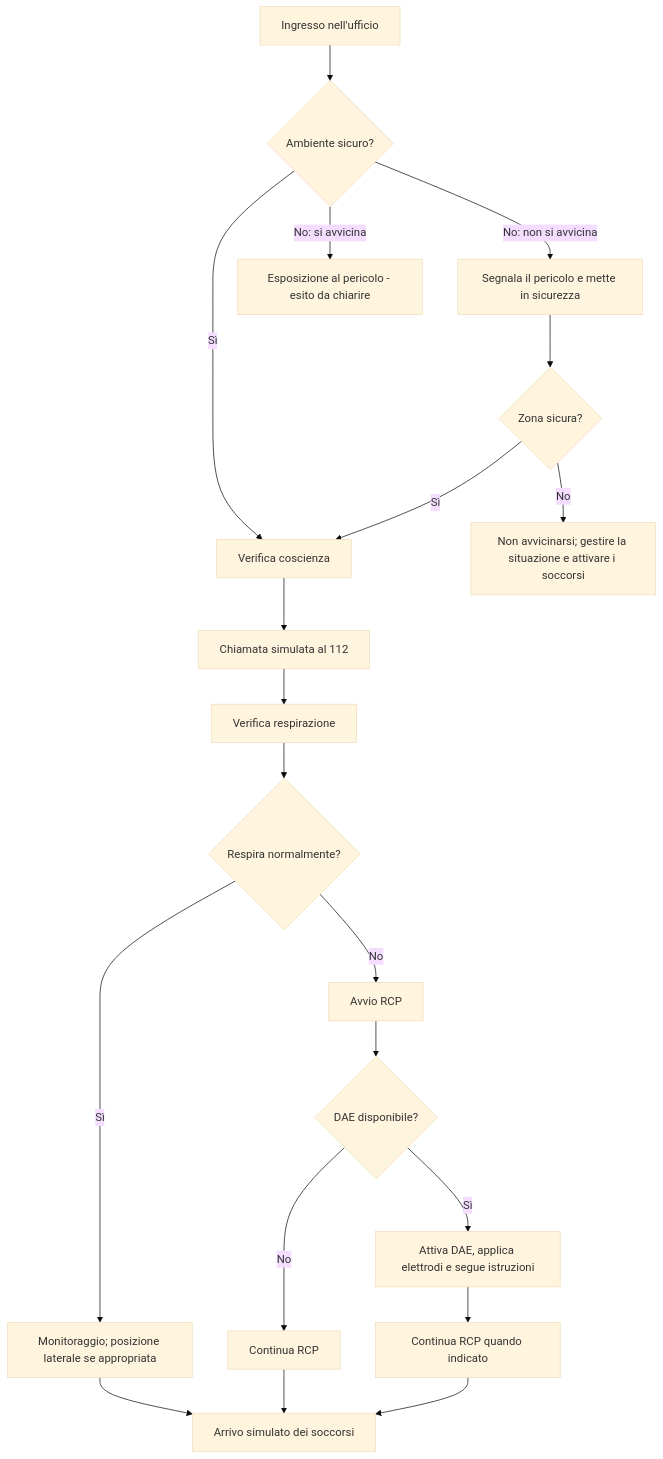
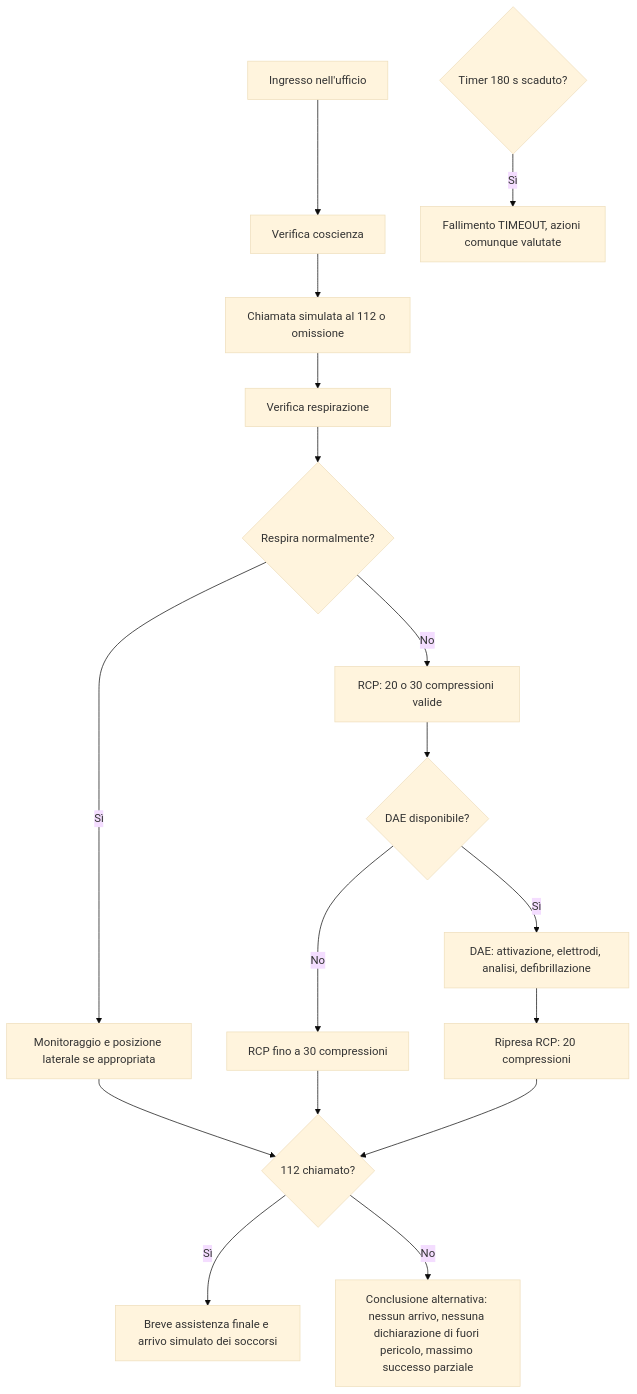
The diagram in Assets/_Project/Groups/G_Marius/Docs/Man_Down/Man_Down_Specifiche.md (ProjectWorkLab4/Sicurezza-Immersiva-81), drawn with Mermaid (base theme) before and after one commit. The commit also changed other lines of this file and 6 other files, not shown here.

````diff
--- a/Assets/_Project/Groups/G_Marius/Docs/Man_Down/Man_Down_Specifiche.md
+++ b/Assets/_Project/Groups/G_Marius/Docs/Man_Down/Man_Down_Specifiche.md
@@ -90,22 +95,19 @@
 ```mermaid
 flowchart TD
-    A[Ingresso nell'ufficio] --> B{Ambiente sicuro?}
-    B -->|Sì| C[Verifica coscienza]
-    B -->|No: non si avvicina| D[Segnala il pericolo e mette in sicurezza]
-    D --> E{Zona sicura?}
-    E -->|Sì| C
-    E -->|No| F[Non avvicinarsi; gestire la situazione e attivare i soccorsi]
-    B -->|No: si avvicina| X[Esposizione al pericolo - esito da chiarire]
-    C --> G[Chiamata simulata al 112]
+    A[Ingresso nell'ufficio] --> C[Verifica coscienza]
+    C --> G[Chiamata simulata al 112 o omissione]
     G --> H[Verifica respirazione]
     H --> I{Respira normalmente?}
-    I -->|Sì| J[Monitoraggio; posizione laterale se appropriata]
-    J --> Z[Arrivo simulato dei soccorsi]
-    I -->|No| K[Avvio RCP]
+    I -->|Sì| J[Monitoraggio e posizione laterale se appropriata]
+    J --> F{112 chiamato?}
+    I -->|No| K[RCP: 20 o 30 compressioni valide]
     K --> L{DAE disponibile?}
-    L -->|No| M[Continua RCP]
-    L -->|Sì| N[Attiva DAE, applica elettrodi e segue istruzioni]
-    N --> O[Continua RCP quando indicato]
-    M --> Z
-    O --> Z
+    L -->|No| M[RCP fino a 30 compressioni]
+    L -->|Sì| N[DAE: attivazione, elettrodi, analisi, defibrillazione]
+    N --> O[Ripresa RCP: 20 compressioni]
+    M --> F
+    O --> F
+    F -->|Sì| Z[Breve assistenza finale e arrivo simulato dei soccorsi]
+    F -->|No| Y[Conclusione alternativa: nessun arrivo, nessuna dichiarazione di fuori pericolo, massimo successo parziale]
+    T{Timer 180 s scaduto?} -->|Sì| X[Fallimento TIMEOUT, azioni comunque valutate]
 ```
````
